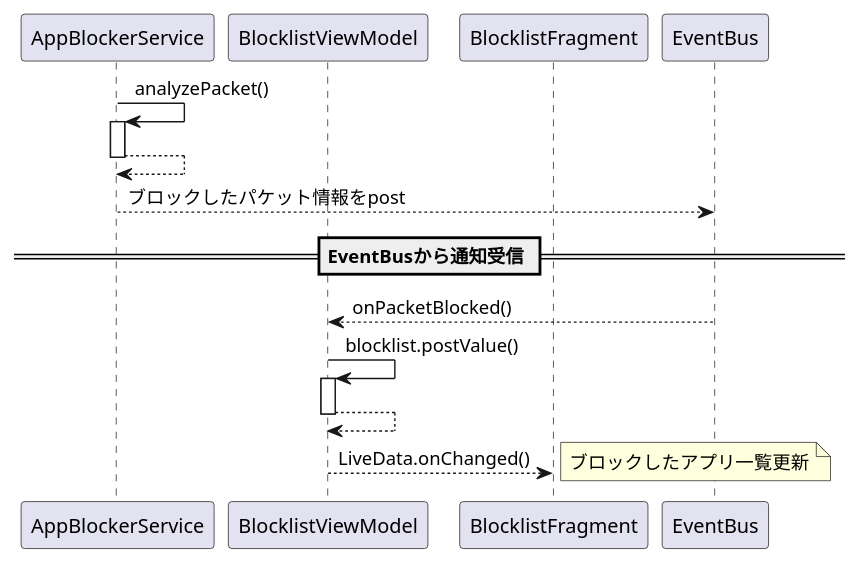
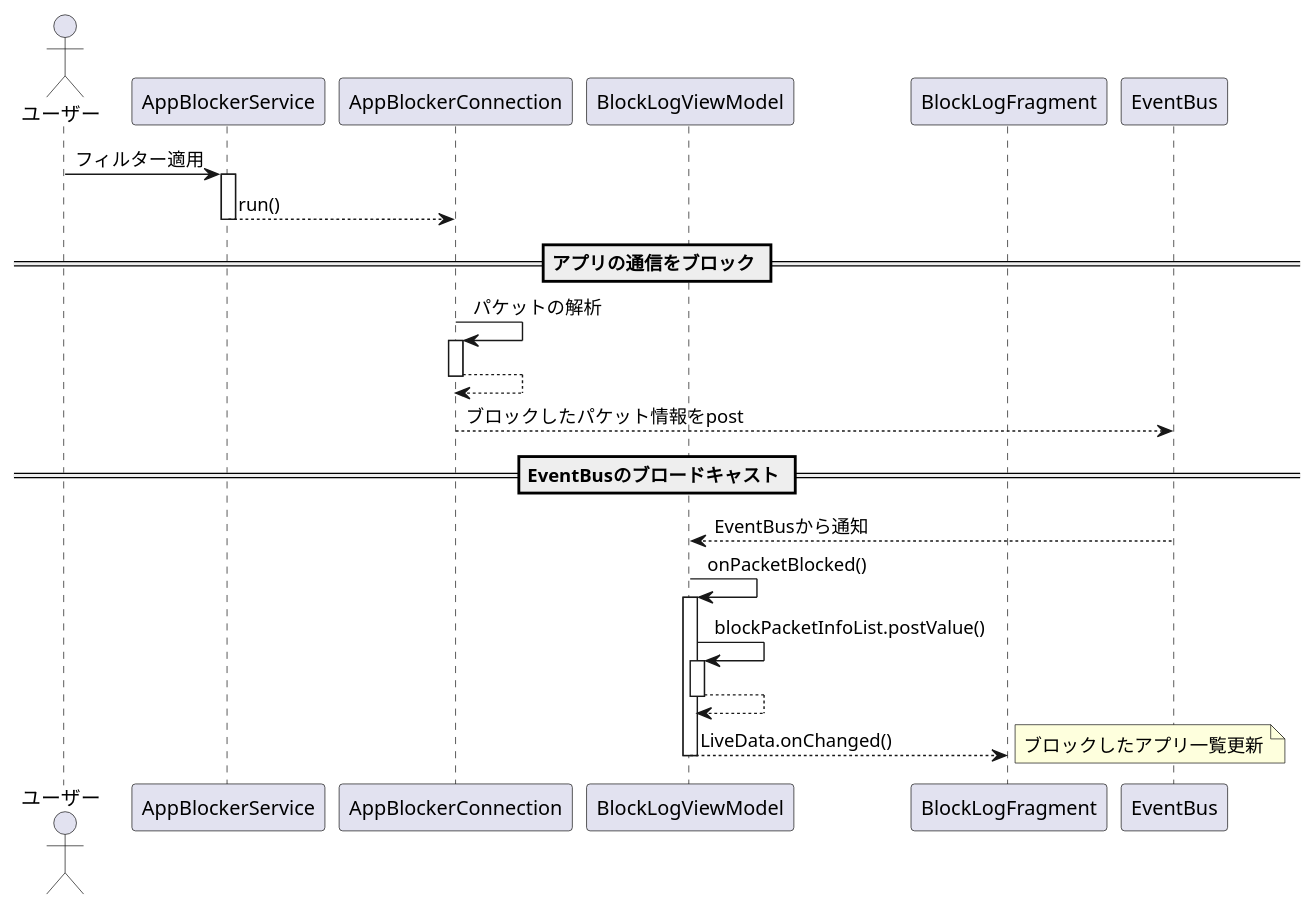
Before and after one commit to CASL0/simple_app_blocker: the second of 2 diagrams in docs/sequence.md, drawn with PlantUML. The commit also changed other lines of this file, not shown here.

Commit message:
シーケンス図を更新

````diff
--- a/docs/sequence.md
+++ b/docs/sequence.md
@@ -25,18 +30,24 @@
 ```plantuml
 @startuml
 autoactivate on
+actor ユーザー as user
 participant AppBlockerService
-participant BlocklistViewModel
-participant BlocklistFragment
+participant AppBlockerConnection
+participant BlockLogViewModel
+participant BlockLogFragment
 participant EventBus
-AppBlockerService -> AppBlockerService : analyzePacket()
+user -> AppBlockerService : フィルター適用
+AppBlockerService --> AppBlockerConnection : run()
+== アプリの通信をブロック ==
+AppBlockerConnection -> AppBlockerConnection : パケットの解析
 return
-AppBlockerService --> EventBus : ブロックしたパケット情報をpost
-== EventBusから通知受信 ==
-EventBus --> BlocklistViewModel : onPacketBlocked()
-BlocklistViewModel -> BlocklistViewModel : blocklist.postValue()
+AppBlockerConnection --> EventBus : ブロックしたパケット情報をpost
+== EventBusのブロードキャスト ==
+EventBus --> BlockLogViewModel : EventBusから通知
+BlockLogViewModel -> BlockLogViewModel : onPacketBlocked()
+BlockLogViewModel -> BlockLogViewModel : blockPacketInfoList.postValue()
 return
-BlocklistViewModel --> BlocklistFragment : LiveData.onChanged()
+BlockLogViewModel --> BlockLogFragment : LiveData.onChanged()
 note right : ブロックしたアプリ一覧更新
 @enduml
 ```
````
